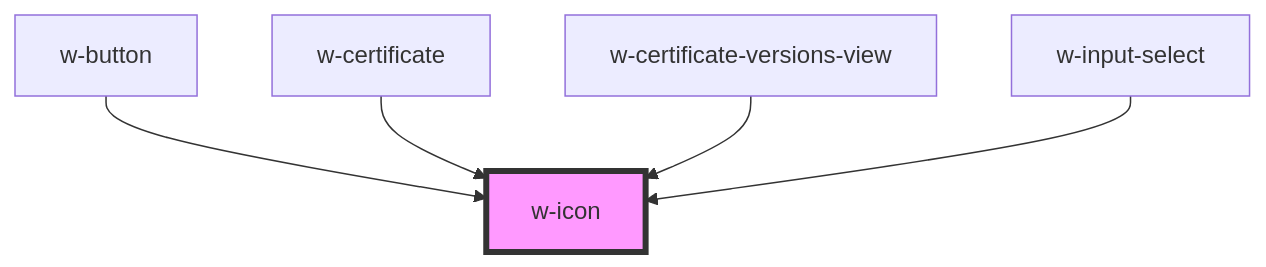
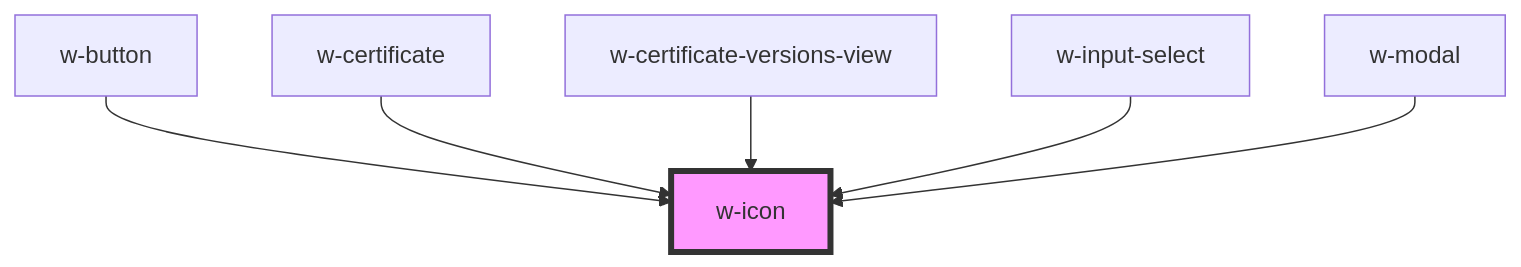
The diagram in src/components/w-icon/readme.md (wordproof/ui), drawn with Mermaid before and after one commit. The commit also changed other lines of this file and 3 other files, not shown here.

````diff
--- a/src/components/w-icon/readme.md
+++ b/src/components/w-icon/readme.md
@@ -26,8 +27,9 @@
 ```mermaid
 graph TD;
   w-button --> w-icon
   w-certificate --> w-icon
   w-certificate-versions-view --> w-icon
   w-input-select --> w-icon
+  w-modal --> w-icon
   style w-icon fill:#f9f,stroke:#333,stroke-width:4px
 ```
````
